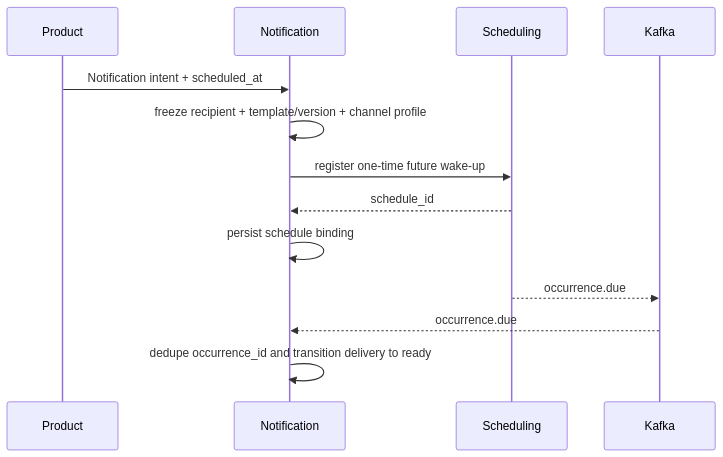
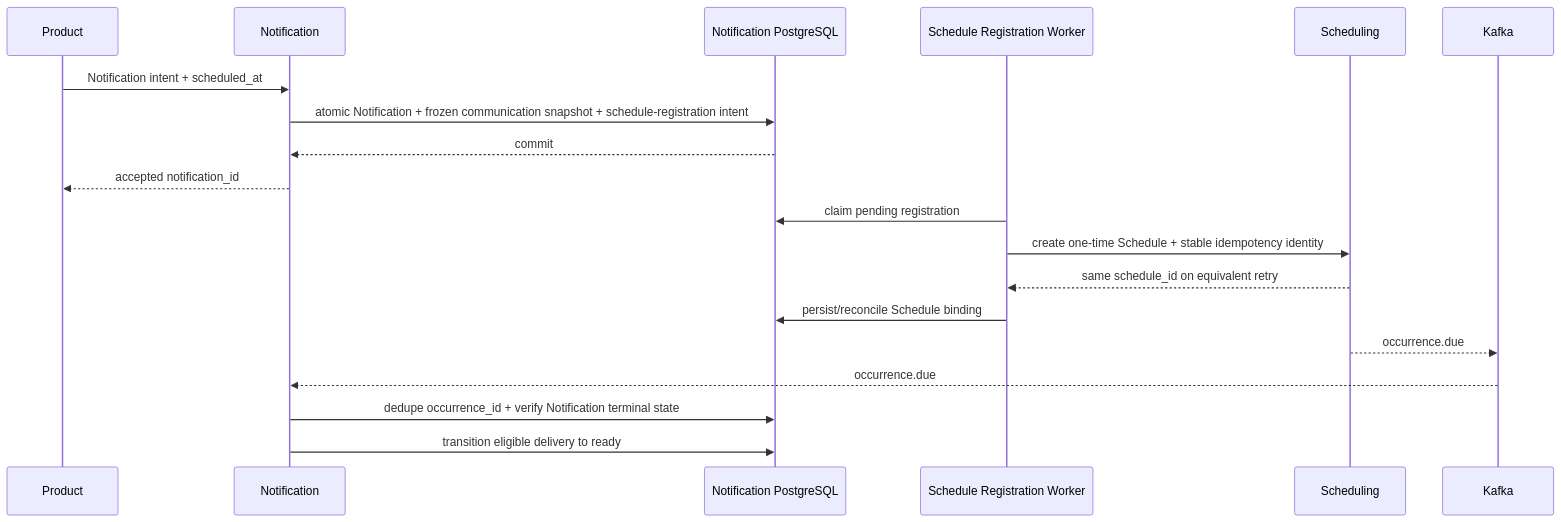
One commit to anshacerbia2/scnehaux-architecture changed the fourth of 7 diagrams in 04-system/scnehaux-notification-platform/scnehaux-notification-platform.sad.md. Above: the diagram before and after it, drawn with Mermaid. The commit also changed other lines of this file and 7 other files, not shown here.

````diff
--- a/04-system/scnehaux-notification-platform/scnehaux-notification-platform.sad.md
+++ b/04-system/scnehaux-notification-platform/scnehaux-notification-platform.sad.md
@@ -226,16 +226,22 @@
 ```mermaid
 sequenceDiagram
     participant P as Product
     participant N as Notification
+    participant D as Notification PostgreSQL
+    participant R as Schedule Registration Worker
     participant S as Scheduling
     participant K as Kafka
 
     P->>N: Notification intent + scheduled_at
-    N->>N: freeze recipient + template/version + channel profile
-    N->>S: register one-time future wake-up
-    S-->>N: schedule_id
-    N->>N: persist schedule binding
+    N->>D: atomic Notification + frozen communication snapshot + schedule-registration intent
+    D-->>N: commit
+    N-->>P: accepted notification_id
+    R->>D: claim pending registration
+    R->>S: create one-time Schedule + stable idempotency identity
+    S-->>R: same schedule_id on equivalent retry
+    R->>D: persist/reconcile Schedule binding
     S-->>K: occurrence.due
     K-->>N: occurrence.due
-    N->>N: dedupe occurrence_id and transition delivery to ready
+    N->>D: dedupe occurrence_id + verify Notification terminal state
+    N->>D: transition eligible delivery to ready
 ```
````
